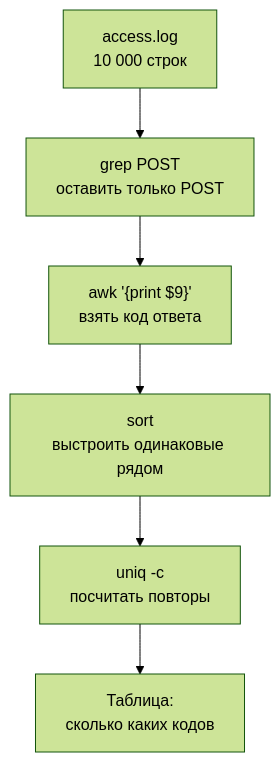
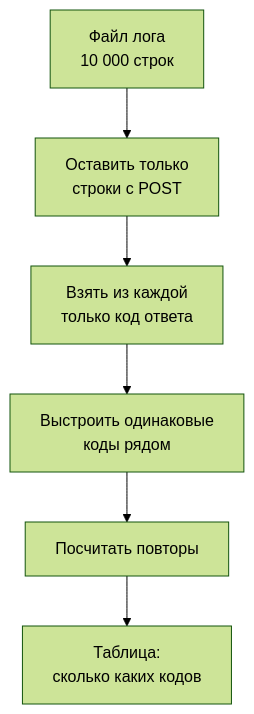
The first of 3 diagrams in 01-linux/02-text-logs.md (distinguished-sre/load-tester), drawn with Mermaid (forest theme) before and after one commit. The commit also changed other lines of this file and 4 other files, not shown here.

````diff
--- a/01-linux/02-text-logs.md
+++ b/01-linux/02-text-logs.md
@@ -29,8 +31,8 @@
 ```mermaid
 flowchart TD
-    A["access.log<br/>10 000 строк"] --> B["grep POST<br/>оставить только POST"]
-    B --> C["awk '{print $9}'<br/>взять код ответа"]
-    C --> D["sort<br/>выстроить одинаковые рядом"]
-    D --> E["uniq -c<br/>посчитать повторы"]
+    A["Файл лога<br/>10 000 строк"] --> B["Оставить только<br/>строки с POST"]
+    B --> C["Взять из каждой<br/>только код ответа"]
+    C --> D["Выстроить одинаковые<br/>коды рядом"]
+    D --> E["Посчитать повторы"]
     E --> F["Таблица:<br/>сколько каких кодов"]
 ```
````
